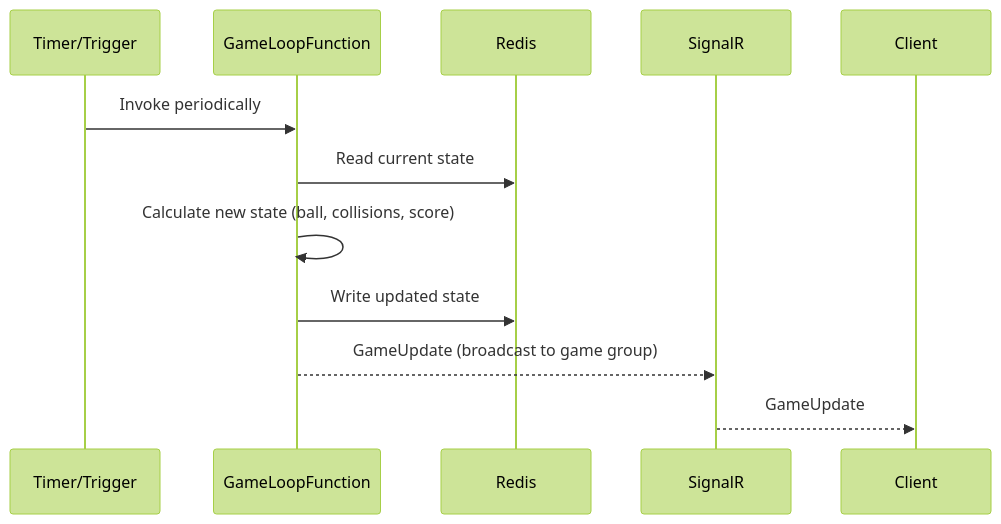
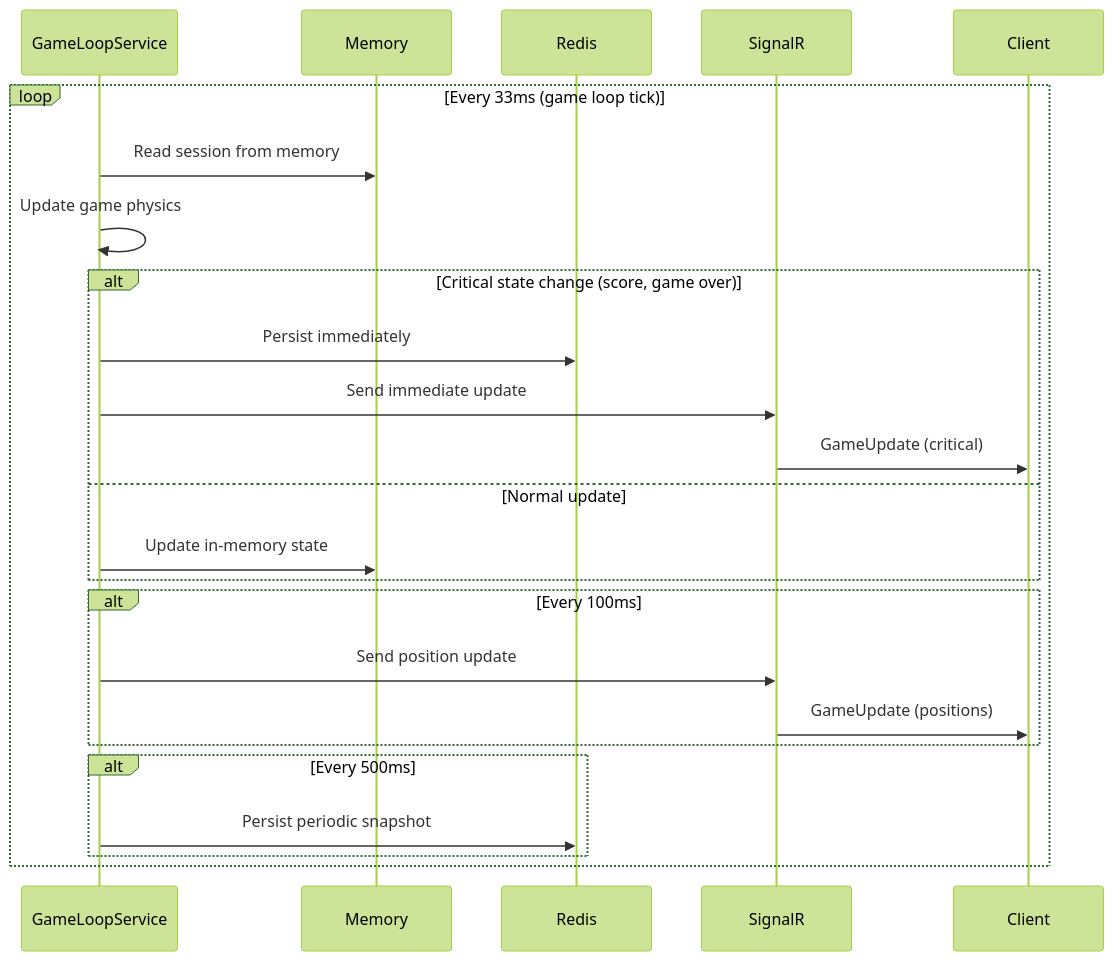
Before and after one commit to rmoreirao/AzureOnlinePongGame: the fourth of 4 diagrams in SYSTEM_DESIGN.md, drawn with Mermaid (forest theme). The commit also changed other lines of this file and 7 other files, not shown here.

Commit message:
feat: Optimize paddle updates and session management with in-memory caching and reduced Redis writes

````diff
--- a/SYSTEM_DESIGN.md
+++ b/SYSTEM_DESIGN.md
@@ -162,14 +187,30 @@
 ```mermaid
 sequenceDiagram
-    participant Timer/Trigger
-    participant GameLoopFunction
+    participant GameLoopService
+    participant Memory
     participant Redis
     participant SignalR
     participant Client
-    Timer/Trigger->>GameLoopFunction: Invoke periodically
-    GameLoopFunction->>Redis: Read current state
-    GameLoopFunction->>GameLoopFunction: Calculate new state (ball, collisions, score)
-    GameLoopFunction->>Redis: Write updated state
-    GameLoopFunction-->>SignalR: GameUpdate (broadcast to game group)
-    SignalR-->>Client: GameUpdate
+    
+    loop Every 33ms (game loop tick)
+        GameLoopService->>Memory: Read session from memory
+        GameLoopService->>GameLoopService: Update game physics
+        
+        alt Critical state change (score, game over)
+            GameLoopService->>Redis: Persist immediately
+            GameLoopService->>SignalR: Send immediate update
+            SignalR->>Client: GameUpdate (critical)
+        else Normal update
+            GameLoopService->>Memory: Update in-memory state
+        end
+        
+        alt Every 100ms
+            GameLoopService->>SignalR: Send position update
+            SignalR->>Client: GameUpdate (positions)
+        end
+        
+        alt Every 500ms
+            GameLoopService->>Redis: Persist periodic snapshot
+        end
+    end
 ```
````
